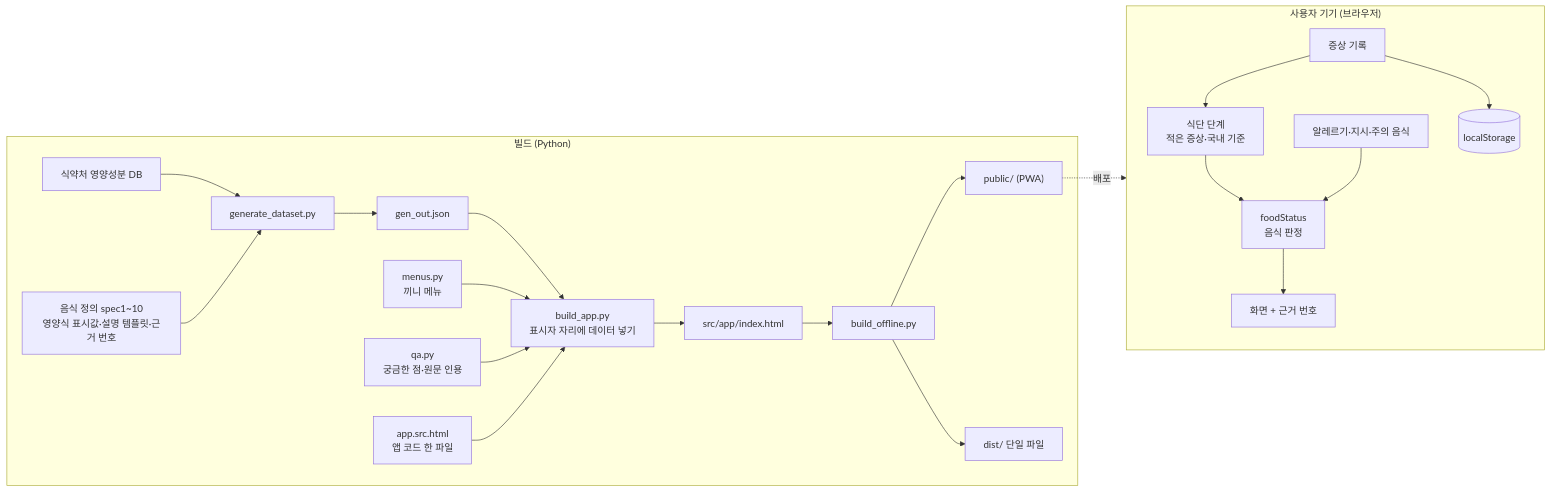
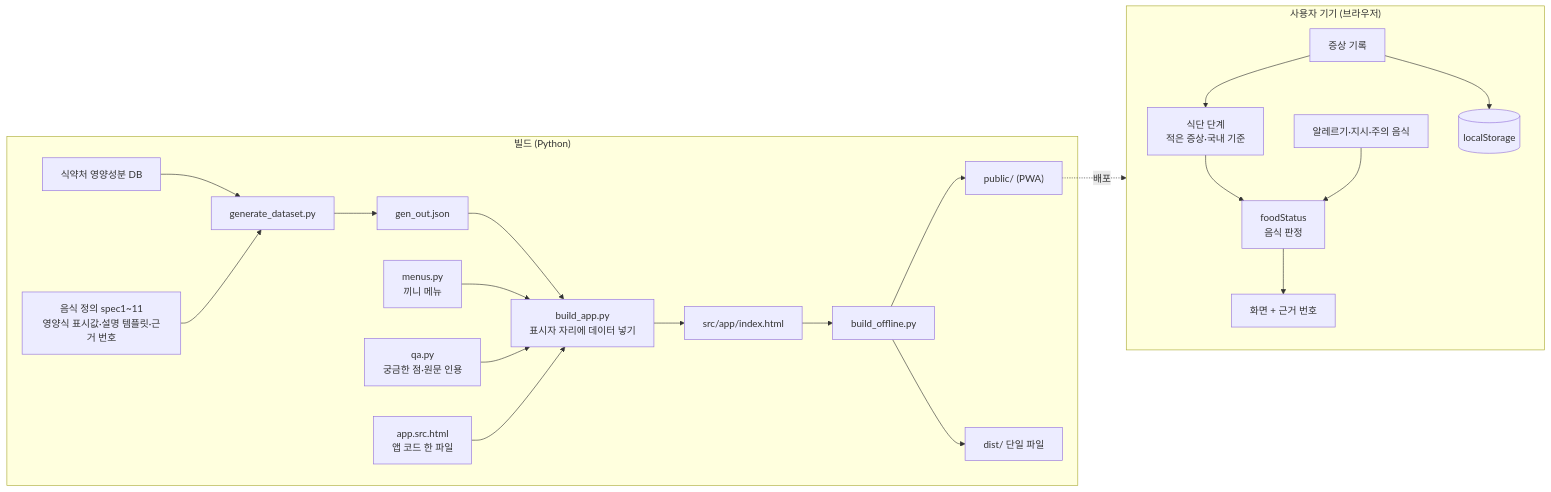
The diagram in README.md (Park11234/uc-table), drawn with Mermaid before and after one commit. The commit also changed other lines of this file, not shown here.

````diff
--- a/README.md
+++ b/README.md
@@ -139,24 +211,24 @@
 ```mermaid
 flowchart LR
   subgraph build["빌드 (Python)"]
     CSV["식약처 영양성분 DB"] --> GEN["generate_dataset.py"]
-    SPEC["음식 정의 spec1~10<br/>영양식 표시값·설명 템플릿·근거 번호"] --> GEN
+    SPEC["음식 정의 spec1~11<br/>영양식 표시값·설명 템플릿·근거 번호"] --> GEN
     GEN --> JSON["gen_out.json"]
     JSON --> BA["build_app.py<br/>표시자 자리에 데이터 넣기"]
     MENU["menus.py<br/>끼니 메뉴"] --> BA
     QA["qa.py<br/>궁금한 점·원문 인용"] --> BA
     SRC["app.src.html<br/>앱 코드 한 파일"] --> BA
     BA --> APP["src/app/index.html"]
     APP --> OFF["build_offline.py"]
     OFF --> PWA["public/ (PWA)"]
     OFF --> ONE["dist/ 단일 파일"]
   end
   subgraph device["사용자 기기 (브라우저)"]
     LOG["증상 기록"] --> STAGE["식단 단계<br/>적은 증상·국내 기준"]
     STAGE --> RULE["foodStatus<br/>음식 판정"]
     PROF["알레르기·지시·주의 음식"] --> RULE
     RULE --> VIEW["화면 + 근거 번호"]
     LOG --> LS[("localStorage")]
   end
   PWA -. 배포 .-> device
 ```
````
